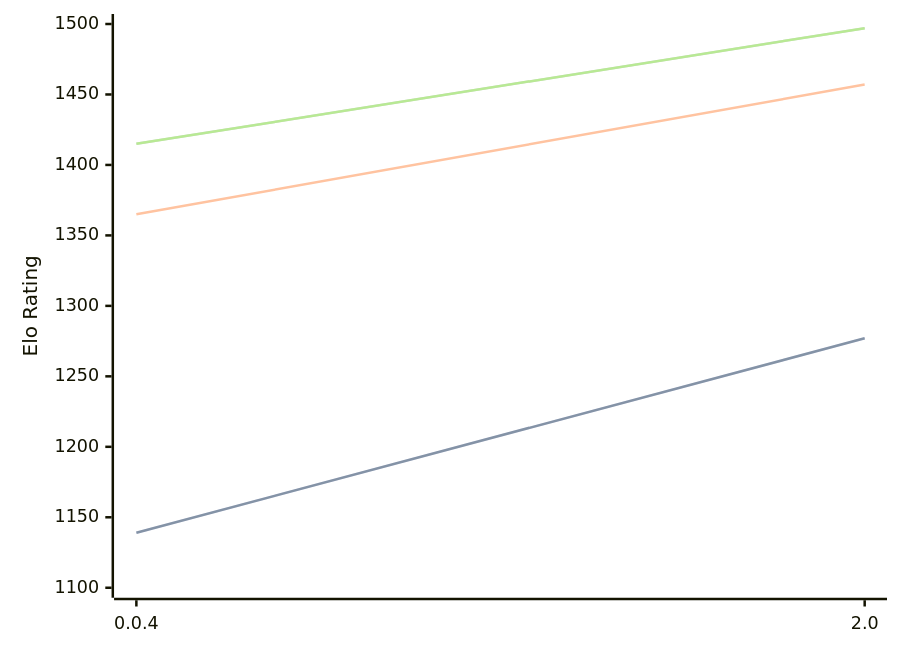
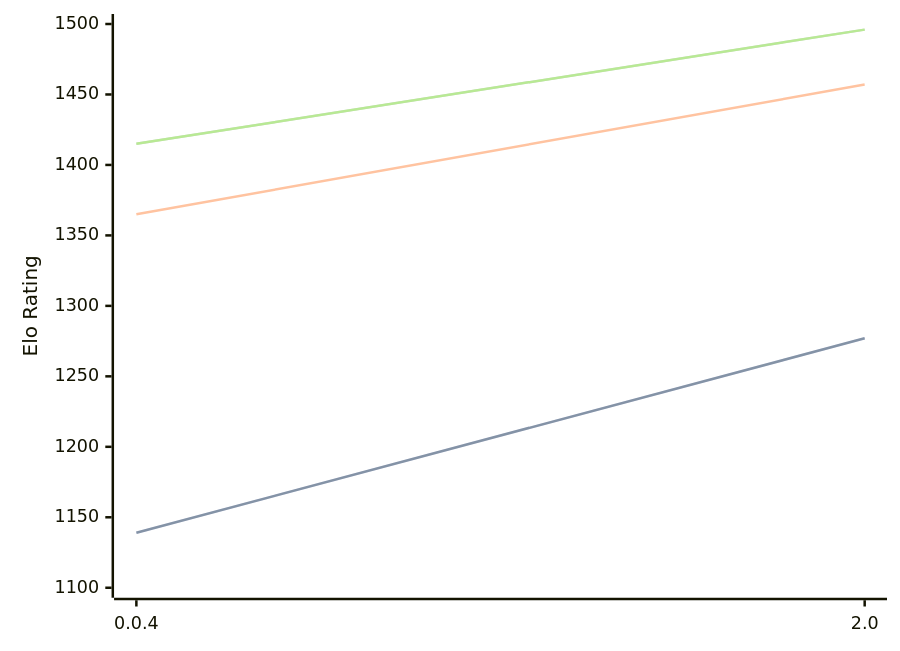
Before and after one commit to computer-chess-index/cci: the diagram in engines/Oops!Mate.md, drawn with Mermaid. The commit also changed other lines of this file, not shown here.

Commit message:
Update CCI Ratings (ELO VLTC) - 2026-10-03

````diff
--- a/engines/Oops!Mate.md
+++ b/engines/Oops!Mate.md
@@ -33,11 +33,11 @@
 ```mermaid
 %%{init: {"theme":"base","themeVariables":{"seriesColors:['#a3a3a3','#222221','#faa371']}}}%%
 xychart-beta
   x-axis ["0.0.4", "2.0"]
   y-axis "Elo Rating" 1100 --> 1500
   line "" [1139, 1277]
   line "STC (8.0+0.08s)" [1139, 1277]
   line "LTC (60.0+0.60s)" [1365, 1457]
-  line "" [1415, 1497]
-  line "VLTC (2m24s+1.12s)" [1415, 1497]
+  line "" [1415, 1496]
+  line "VLTC (2m24s+1.12s)" [1415, 1496]
 ```
````
